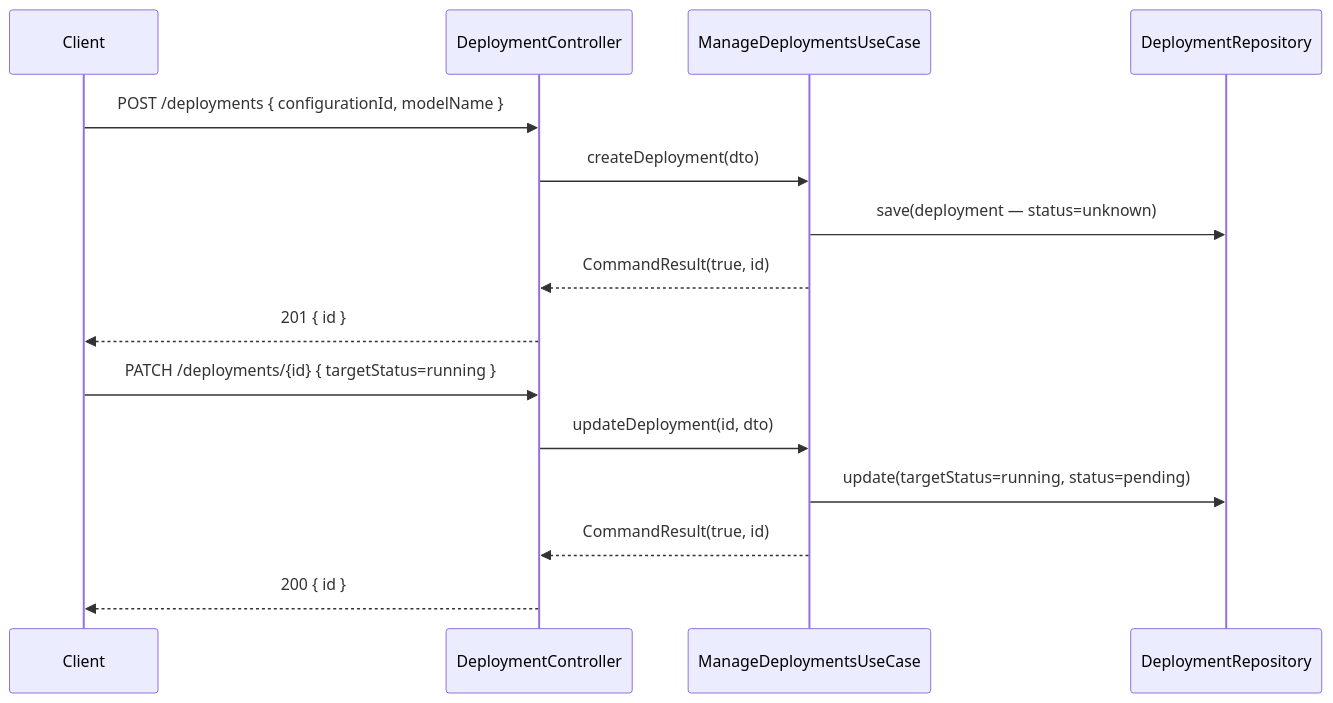
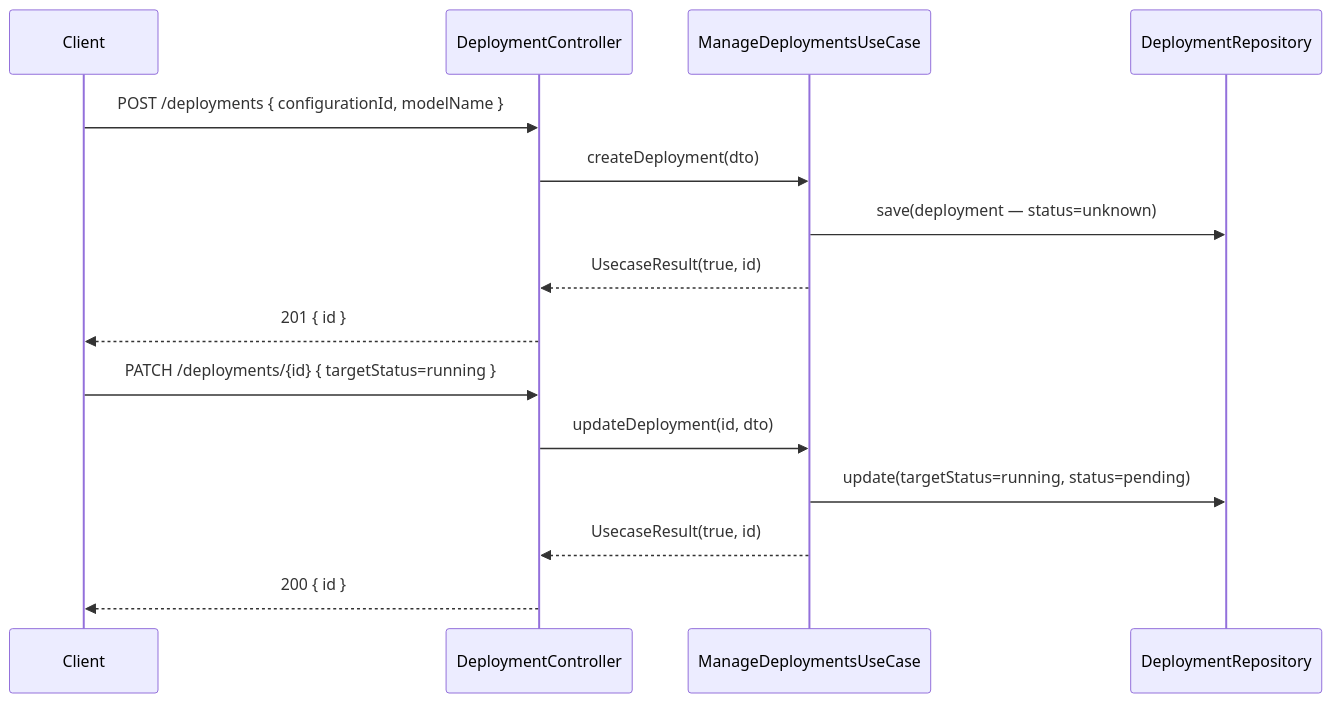
The fourth of 4 diagrams in ai-core/UML.md (UIMSolutions/uim-platform), drawn with Mermaid before and after one commit. The commit also changed other lines of this file and 907 other files, not shown here.

Commit message:
Rename CommandResult

````diff
--- a/ai-core/UML.md
+++ b/ai-core/UML.md
@@ -202,19 +202,19 @@
 ```mermaid
 sequenceDiagram
     participant Client
     participant DC as DeploymentController
     participant DUC as ManageDeploymentsUseCase
     participant DR as DeploymentRepository
 
     Client->>DC: POST /deployments { configurationId, modelName }
     DC->>DUC: createDeployment(dto)
     DUC->>DR: save(deployment — status=unknown)
-    DUC-->>DC: CommandResult(true, id)
+    DUC-->>DC: UsecaseResult(true, id)
     DC-->>Client: 201 { id }
 
     Client->>DC: PATCH /deployments/{id} { targetStatus=running }
     DC->>DUC: updateDeployment(id, dto)
     DUC->>DR: update(targetStatus=running, status=pending)
-    DUC-->>DC: CommandResult(true, id)
+    DUC-->>DC: UsecaseResult(true, id)
     DC-->>Client: 200 { id }
 ```
````
